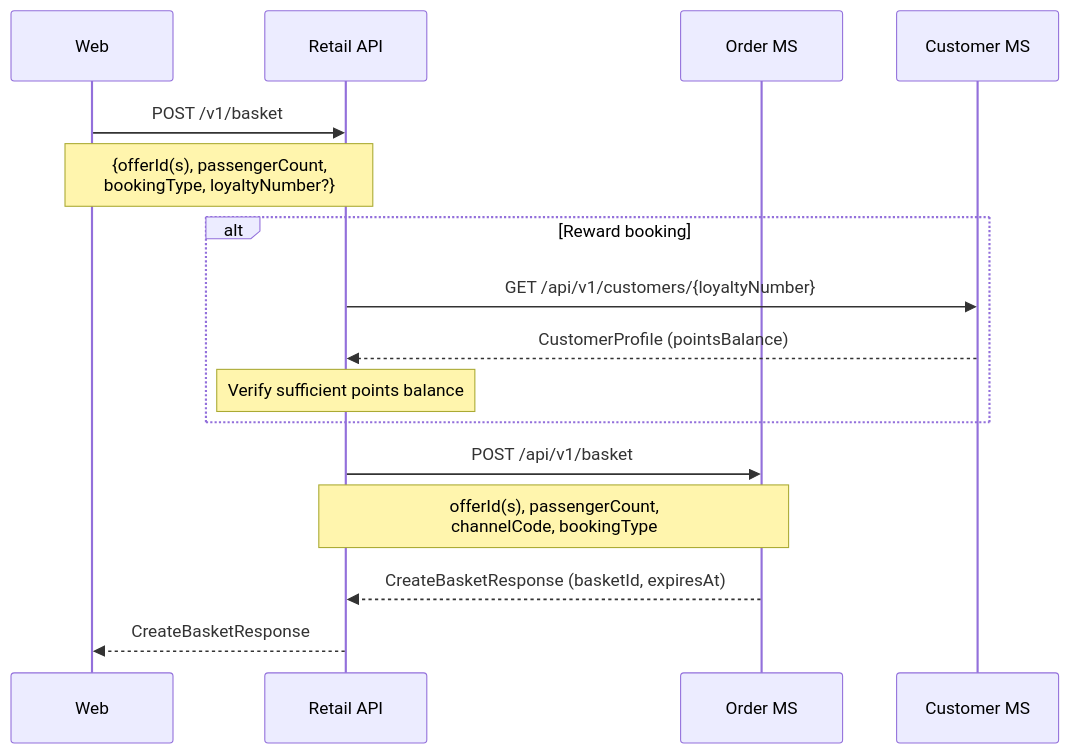
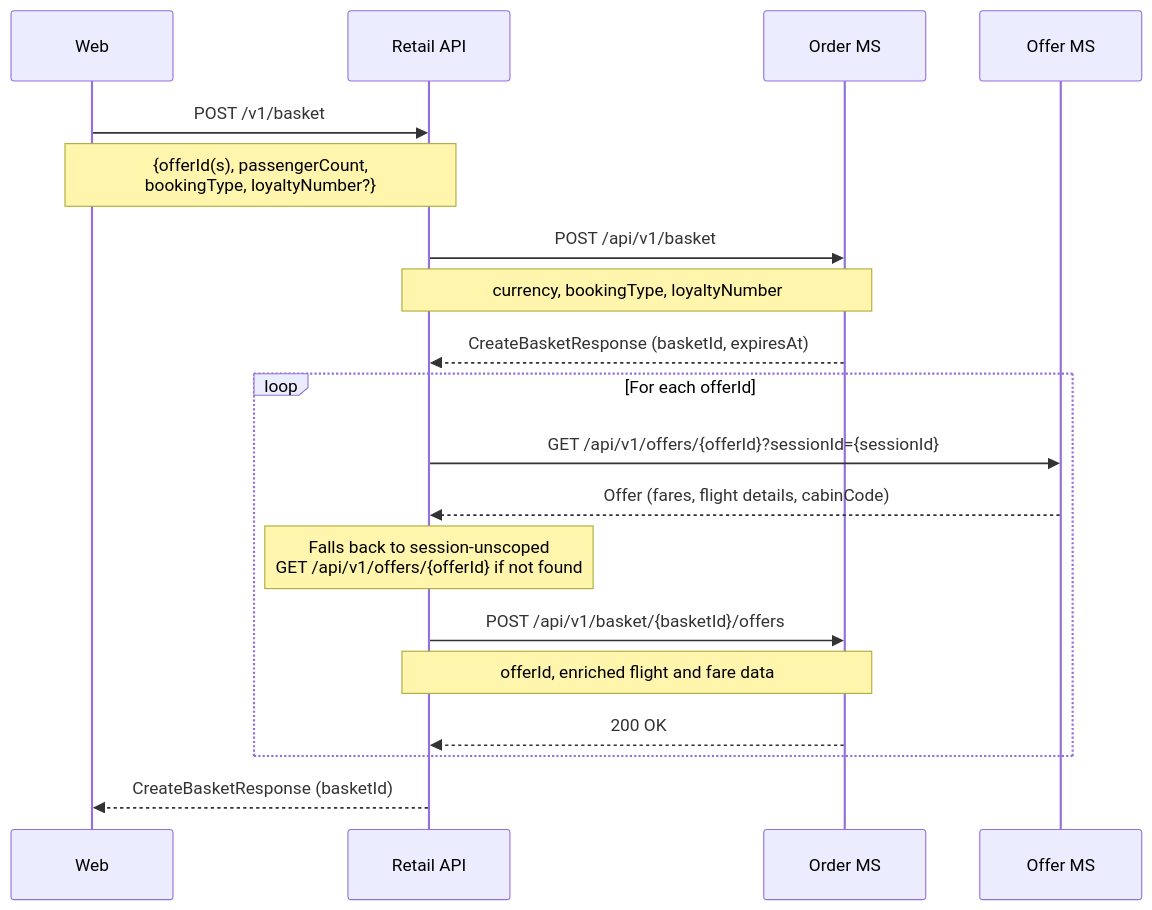
The first of 11 diagrams in documentation/sequences/order.md (sebharvey/airline-reservation-system), drawn with Mermaid before and after one commit. The commit also changed other lines of this file and 11 other files, not shown here.

````diff
--- a/documentation/sequences/order.md
+++ b/documentation/sequences/order.md
@@ -9,21 +11,26 @@
 ```mermaid
 sequenceDiagram
     participant Web
     participant RetailAPI as Retail API
     participant OrderMS as Order MS
-    participant CustomerMS as Customer MS
+    participant OfferMS as Offer MS
 
     Web->>RetailAPI: POST /v1/basket
     Note over Web,RetailAPI: {offerId(s), passengerCount,<br/>bookingType, loyaltyNumber?}
 
-    alt Reward booking
-        RetailAPI->>CustomerMS: GET /api/v1/customers/{loyaltyNumber}
-        CustomerMS-->>RetailAPI: CustomerProfile (pointsBalance)
-        Note over RetailAPI: Verify sufficient points balance
+    RetailAPI->>OrderMS: POST /api/v1/basket
+    Note over RetailAPI,OrderMS: currency, bookingType, loyaltyNumber
+    OrderMS-->>RetailAPI: CreateBasketResponse (basketId, expiresAt)
+
+    loop For each offerId
+        RetailAPI->>OfferMS: GET /api/v1/offers/{offerId}?sessionId={sessionId}
+        OfferMS-->>RetailAPI: Offer (fares, flight details, cabinCode)
+        Note over RetailAPI: Falls back to session-unscoped<br/>GET /api/v1/offers/{offerId} if not found
+
+        RetailAPI->>OrderMS: POST /api/v1/basket/{basketId}/offers
+        Note over RetailAPI,OrderMS: offerId, enriched flight and fare data
+        OrderMS-->>RetailAPI: 200 OK
     end
 
-    RetailAPI->>OrderMS: POST /api/v1/basket
-    Note over RetailAPI,OrderMS: offerId(s), passengerCount,<br/>channelCode, bookingType
-    OrderMS-->>RetailAPI: CreateBasketResponse (basketId, expiresAt)
-    RetailAPI-->>Web: CreateBasketResponse
+    RetailAPI-->>Web: CreateBasketResponse (basketId)
 ```
````
